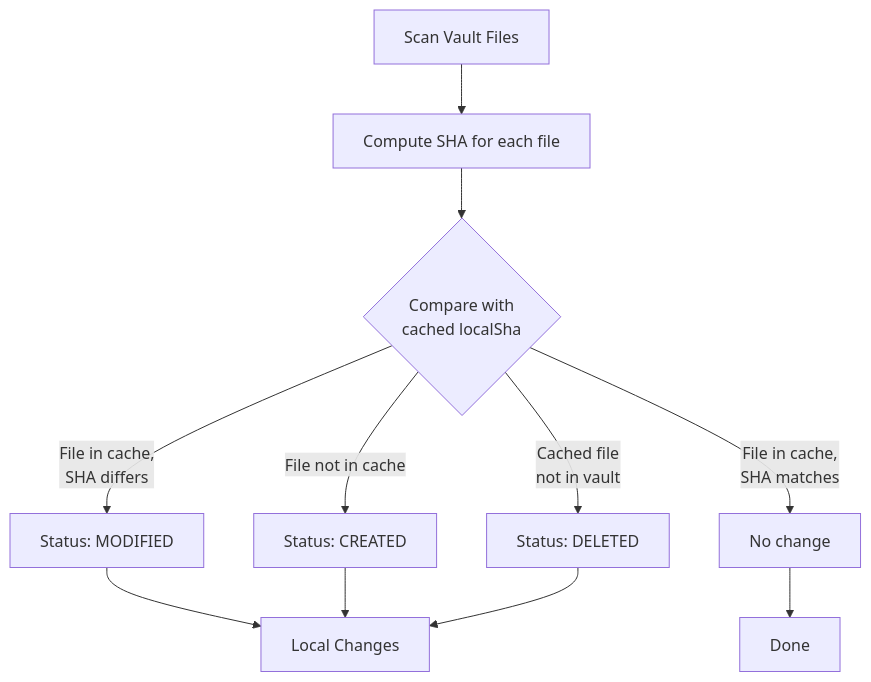
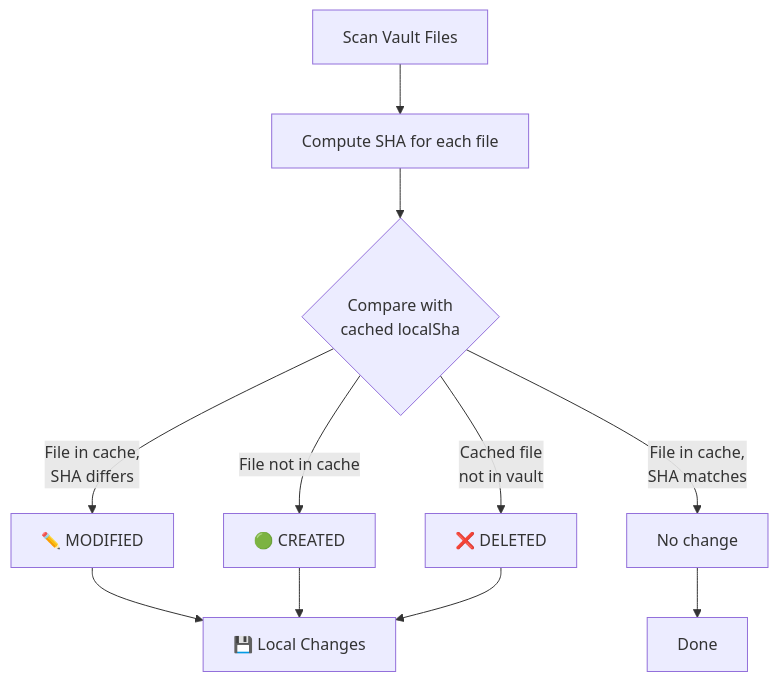
One commit to joshuakto/fit changed the second of 4 diagrams in docs/sync-logic.md. Above: the diagram before and after it, drawn with Mermaid. The commit also changed other lines of this file and 1 other file, not shown here.

Commit message:
docs: Enhance architecture/sync-logic diagrams and visuals (#107)

````diff
--- a/docs/sync-logic.md
+++ b/docs/sync-logic.md
@@ -95,15 +100,15 @@
 ```mermaid
 flowchart TD
     Start[Scan Vault Files] --> ComputeSHA[Compute SHA for each file]
     ComputeSHA --> Compare{Compare with<br/>cached localSha}
 
-    Compare -->|File in cache,<br/>SHA differs| Modified[Status: MODIFIED]
-    Compare -->|File not in cache| Created[Status: CREATED]
-    Compare -->|Cached file<br/>not in vault| Deleted[Status: DELETED]
+    Compare -->|File in cache,<br/>SHA differs| Modified[✏️ MODIFIED]
+    Compare -->|File not in cache| Created[🟢 CREATED]
+    Compare -->|Cached file<br/>not in vault| Deleted[❌ DELETED]
     Compare -->|File in cache,<br/>SHA matches| NoChange[No change]
 
-    Modified --> Result[Local Changes]
+    Modified --> Result[💾 Local Changes]
     Created --> Result
     Deleted --> Result
     NoChange --> End[Done]
 ```
````
